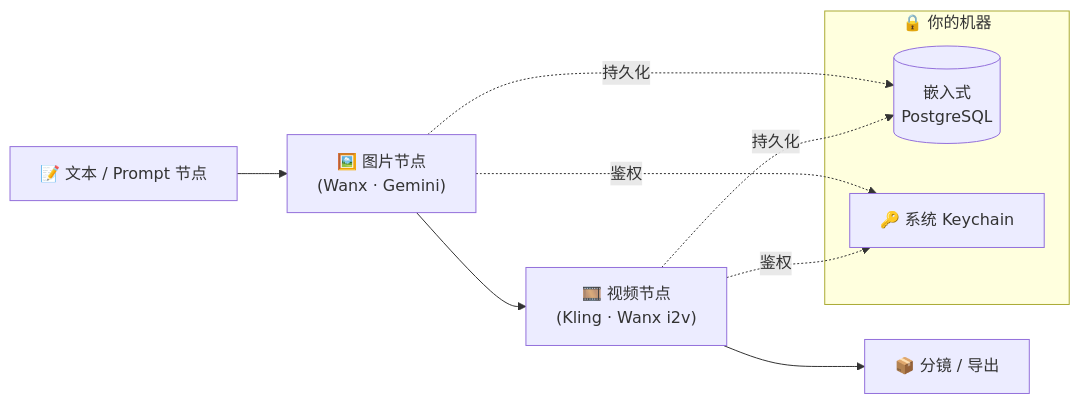
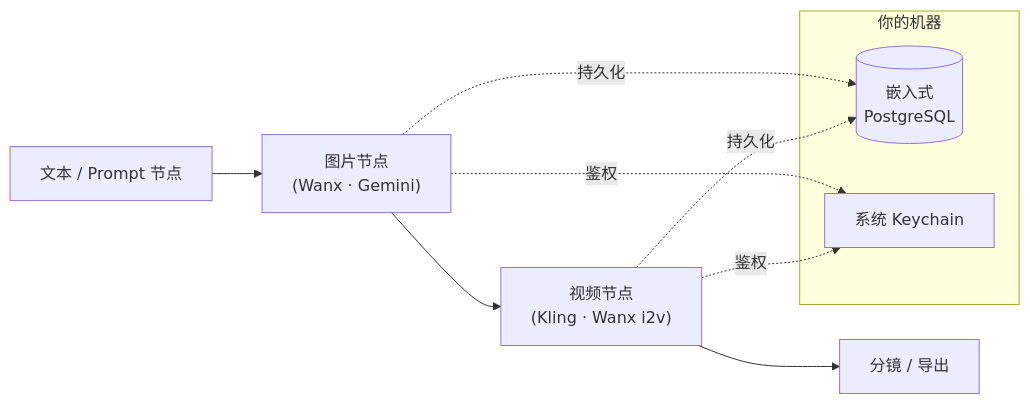
Before and after one commit to KerroKapple/InkFrame: the diagram in README.zh-CN.md, drawn with Mermaid. The commit also changed other lines of this file and 1 other file, not shown here.

````diff
--- a/README.zh-CN.md
+++ b/README.zh-CN.md
@@ -42,14 +42,14 @@
 ```mermaid
 flowchart LR
-    A["📝 文本 / Prompt 节点"] --> B["🖼️ 图片节点<br/>(Wanx · Gemini)"]
-    B --> C["🎞️ 视频节点<br/>(Kling · Wanx i2v)"]
-    C --> D["📦 分镜 / 导出"]
-    subgraph Local["🔒 你的机器"]
+    A["文本 / Prompt 节点"] --> B["图片节点<br/>(Wanx · Gemini)"]
+    B --> C["视频节点<br/>(Kling · Wanx i2v)"]
+    C --> D["分镜 / 导出"]
+    subgraph Local["你的机器"]
       DB[("嵌入式<br/>PostgreSQL")]
-      KEY["🔑 系统 Keychain"]
+      KEY["系统 Keychain"]
     end
     B -.持久化.-> DB
     C -.持久化.-> DB
     B -.鉴权.-> KEY
     C -.鉴权.-> KEY
 ```
````
